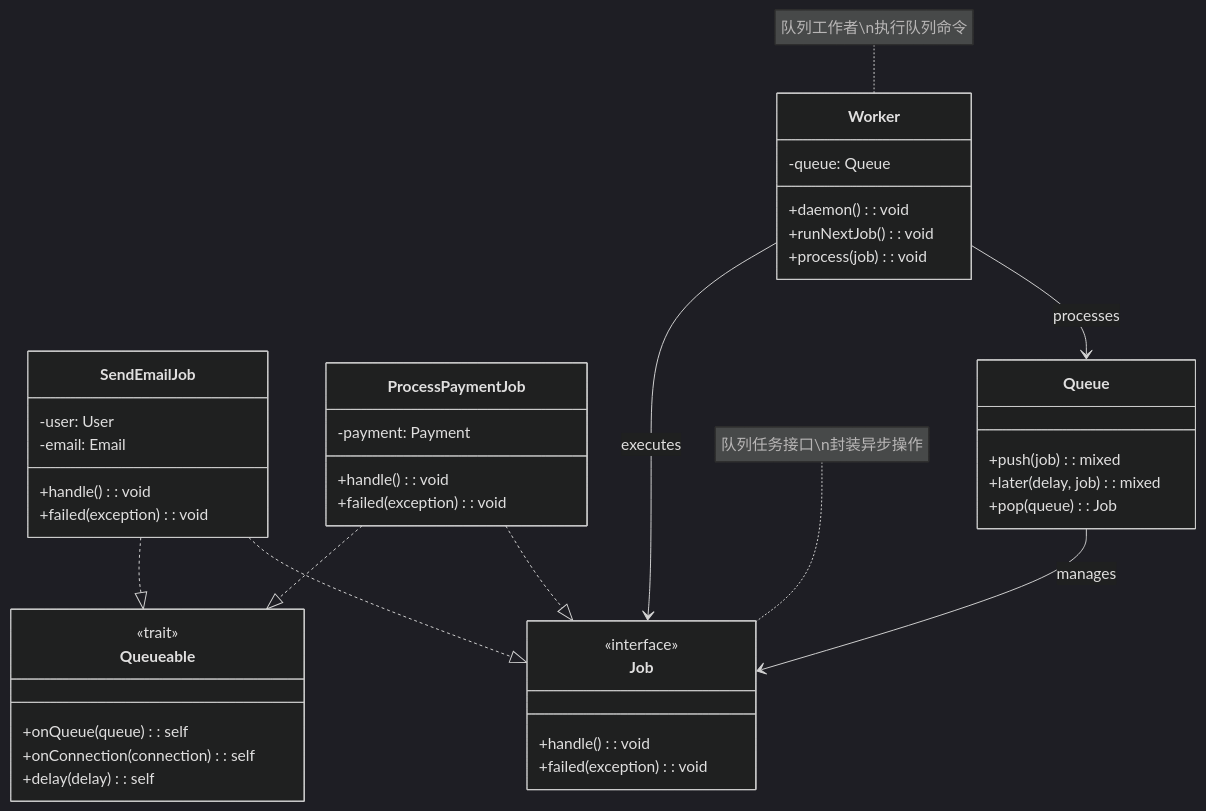
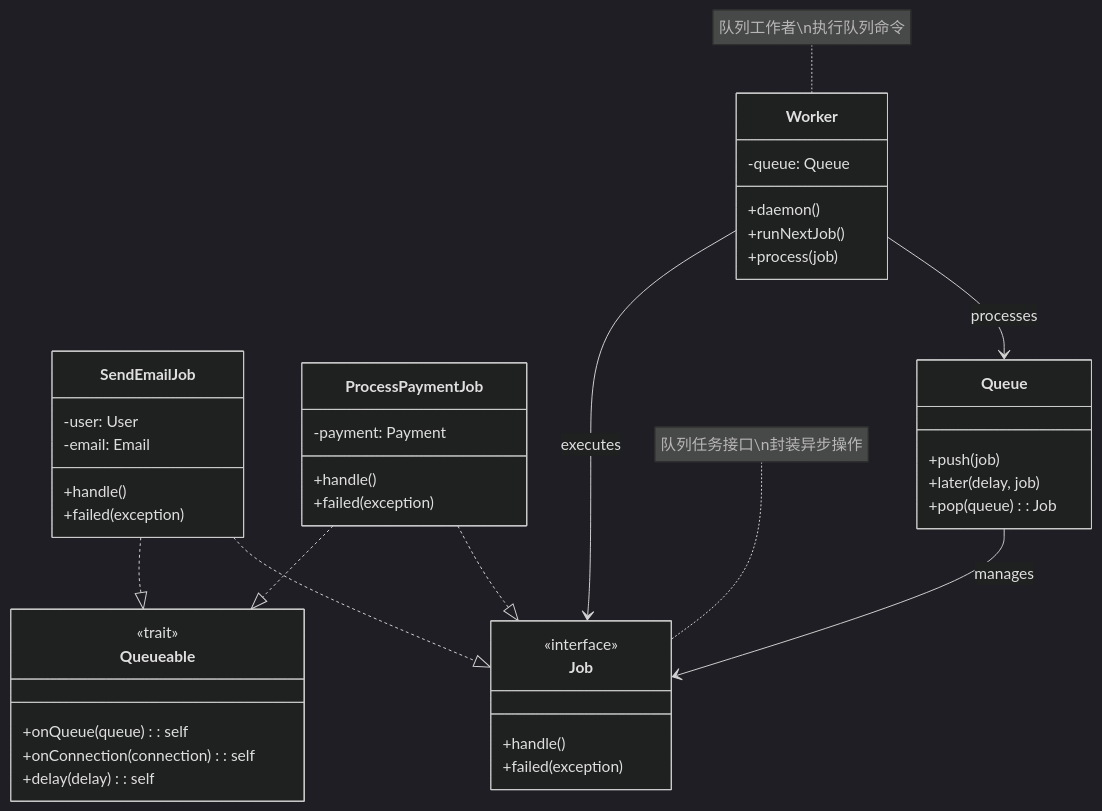
Before and after one commit to fanly/DesignPattern: the fourth of 5 diagrams in resources/design-patterns/laravel/behavioral/command_zh.md, drawn with Mermaid (dark theme). The commit also changed other lines of this file and 103 other files, not shown here.

````diff
--- a/resources/design-patterns/laravel/behavioral/command_zh.md
+++ b/resources/design-patterns/laravel/behavioral/command_zh.md
@@ -130,53 +130,53 @@
 ```mermaid
 classDiagram
     class Job {
         <<interface>>
-        +handle(): void
-        +failed(exception): void
+        +handle()
+        +failed(exception)
     }
     
     class Queueable {
         <<trait>>
         +onQueue(queue): self
         +onConnection(connection): self
         +delay(delay): self
     }
     
     class SendEmailJob {
         -user: User
         -email: Email
-        +handle(): void
-        +failed(exception): void
+        +handle()
+        +failed(exception)
     }
     
     class ProcessPaymentJob {
         -payment: Payment
-        +handle(): void
-        +failed(exception): void
+        +handle()
+        +failed(exception)
     }
     
     class Queue {
-        +push(job): mixed
-        +later(delay, job): mixed
+        +push(job)
+        +later(delay, job)
         +pop(queue): Job
     }
     
     class Worker {
         -queue: Queue
-        +daemon(): void
-        +runNextJob(): void
-        +process(job): void
+        +daemon()
+        +runNextJob()
+        +process(job)
     }
     
     SendEmailJob ..|> Job
     ProcessPaymentJob ..|> Job
     SendEmailJob ..|> Queueable
     ProcessPaymentJob ..|> Queueable
     
     Queue --> Job : manages
     Worker --> Queue : processes
     Worker --> Job : executes
     
     note for Job "队列任务接口\n封装异步操作"
     note for Worker "队列工作者\n执行队列命令"
 ```
````
